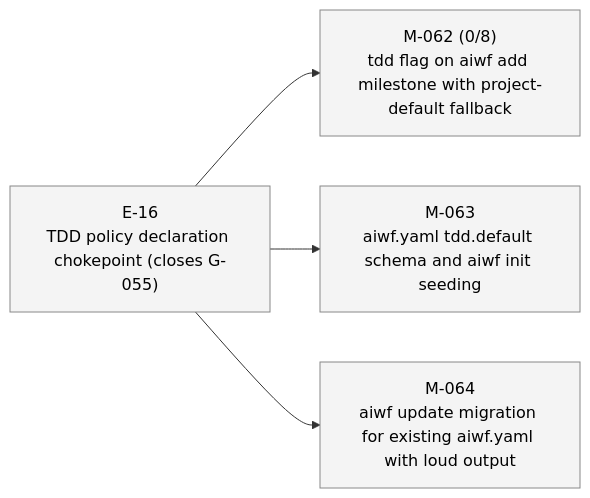
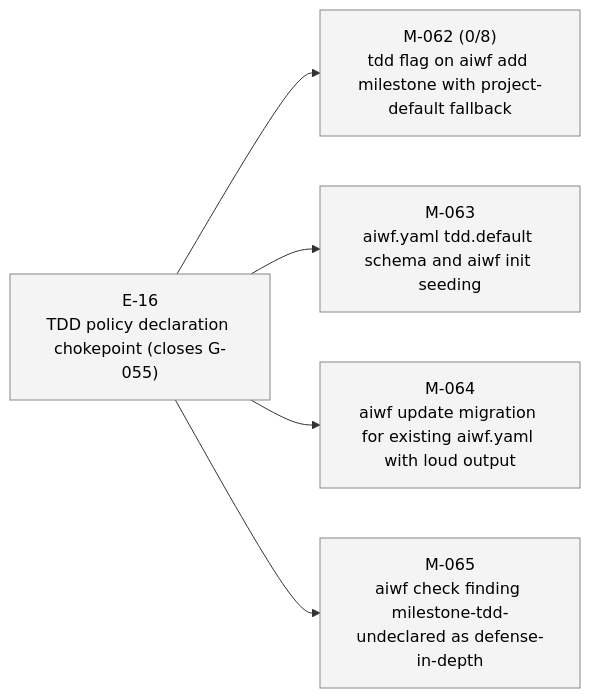
Before and after one commit to 23min/aiwf: the second of 2 diagrams in STATUS.md, drawn with Mermaid. The commit also changed other lines of this file and 1 other file, not shown here.

First line of the commit message:
aiwf add milestone M-065 "aiwf check finding milestone-tdd-undeclared as defense-in-depth"

````diff
--- a/STATUS.md
+++ b/STATUS.md
@@ -34,16 +35,18 @@
 ```mermaid
 flowchart LR
   E_16["E-16<br/>TDD policy declaration chokepoint (closes G-055)"]:::epic_proposed
   M_062["M-062 (0/8)<br/>tdd flag on aiwf add milestone with project-default fallback"]:::ms_draft
   E_16 --> M_062
   M_063["M-063<br/>aiwf.yaml tdd.default schema and aiwf init seeding"]:::ms_draft
   E_16 --> M_063
   M_064["M-064<br/>aiwf update migration for existing aiwf.yaml with loud output"]:::ms_draft
   E_16 --> M_064
+  M_065["M-065<br/>aiwf check finding milestone-tdd-undeclared as defense-in-depth"]:::ms_draft
+  E_16 --> M_065
   classDef epic_active fill:#d6eaff,stroke:#1a73e8,color:#000
   classDef epic_proposed fill:#f4f4f4,stroke:#888,color:#000
   classDef ms_done fill:#d8f5d8,stroke:#2a8a2a,color:#000
   classDef ms_in_progress fill:#fff3c4,stroke:#caa400,color:#000
   classDef ms_draft fill:#f4f4f4,stroke:#888,color:#000
   classDef ms_cancelled fill:#fbeaea,stroke:#c33,color:#000
 ```
````
